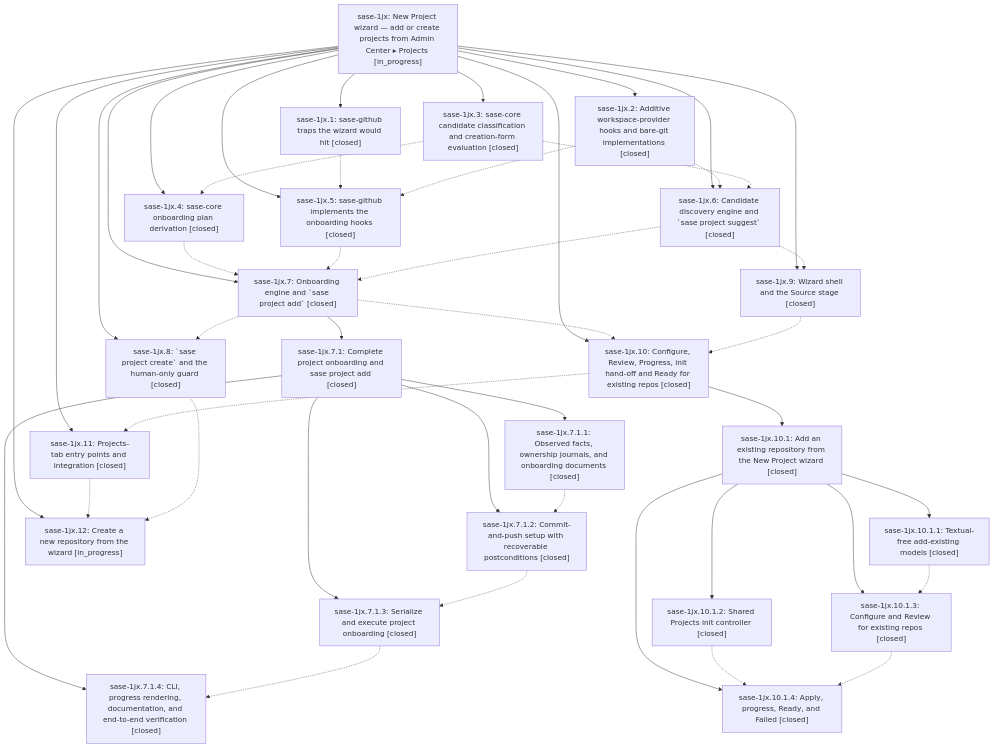
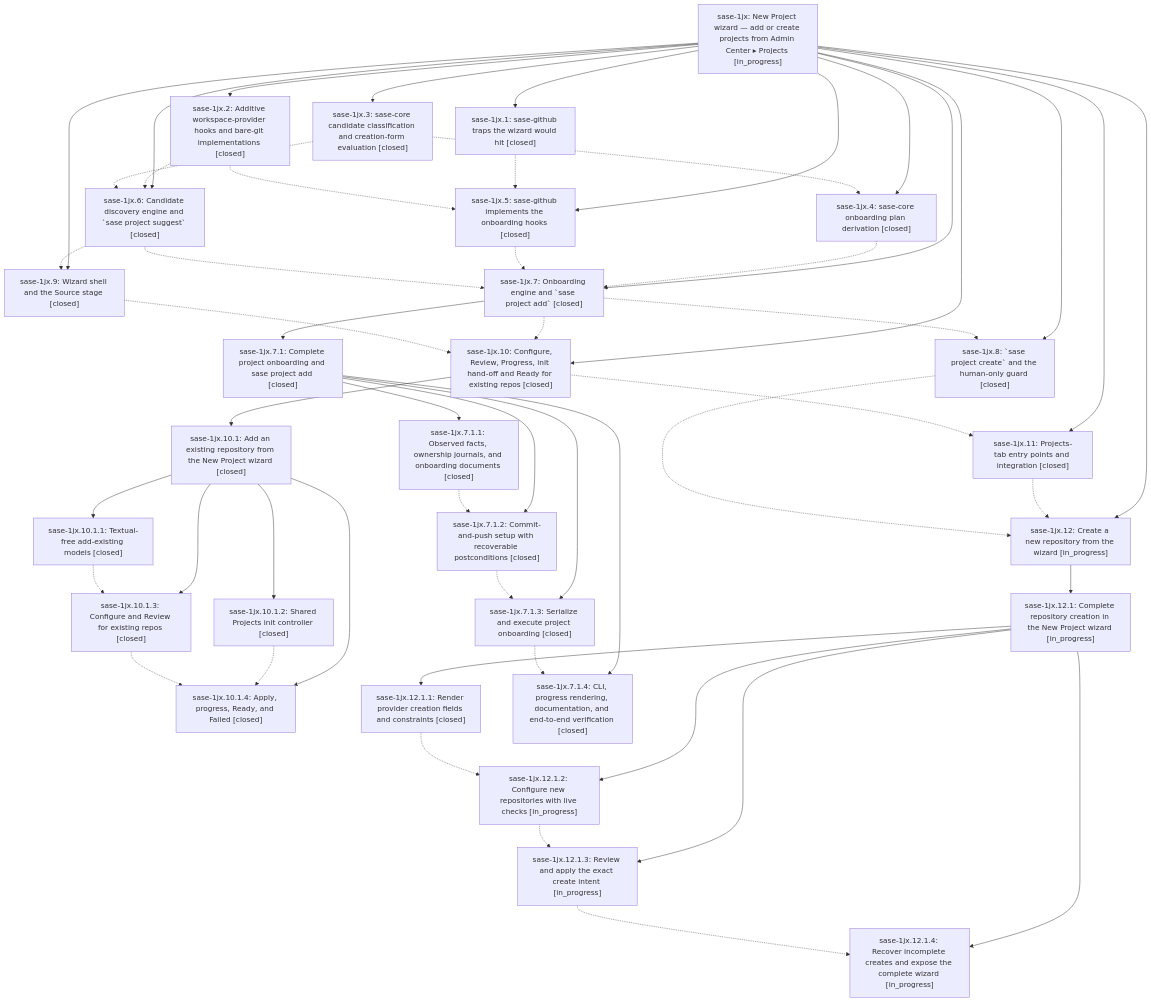
One commit to sase-org/sase--beads changed the diagram in pages/sase-1jx/README.md. Above: the diagram before and after it, drawn with Mermaid. The commit also changed other lines of this file and 9 other files, not shown here.

````diff
--- a/pages/sase-1jx/README.md
+++ b/pages/sase-1jx/README.md
@@ -55,69 +55,82 @@
 ```mermaid
 flowchart TD
     n0["sase-1jx: New Project wizard — add or create projects from Admin Center ▸ Projects [in_progress]"]
     n1["sase-1jx.1: sase-github traps the wizard would hit [closed]"]
     n2["sase-1jx.10: Configure, Review, Progress, init hand-off and Ready for existing repos [closed]"]
     n3["sase-1jx.10.1: Add an existing repository from the New Project wizard [closed]"]
     n4["sase-1jx.10.1.1: Textual-free add-existing models [closed]"]
     n5["sase-1jx.10.1.2: Shared Projects init controller [closed]"]
     n6["sase-1jx.10.1.3: Configure and Review for existing repos [closed]"]
     n7["sase-1jx.10.1.4: Apply, progress, Ready, and Failed [closed]"]
     n8["sase-1jx.11: Projects-tab entry points and integration [closed]"]
     n9["sase-1jx.12: Create a new repository from the wizard [in_progress]"]
-    n10["sase-1jx.2: Additive workspace-provider hooks and bare-git implementations [closed]"]
-    n11["sase-1jx.3: sase-core candidate classification and creation-form evaluation [closed]"]
-    n12["sase-1jx.4: sase-core onboarding plan derivation [closed]"]
-    n13["sase-1jx.5: sase-github implements the onboarding hooks [closed]"]
-    n14["sase-1jx.6: Candidate discovery engine and `sase project suggest` [closed]"]
-    n15["sase-1jx.7: Onboarding engine and `sase project add` [closed]"]
-    n16["sase-1jx.7.1: Complete project onboarding and sase project add [closed]"]
-    n17["sase-1jx.7.1.1: Observed facts, ownership journals, and onboarding documents [closed]"]
-    n18["sase-1jx.7.1.2: Commit-and-push setup with recoverable postconditions [closed]"]
-    n19["sase-1jx.7.1.3: Serialize and execute project onboarding [closed]"]
-    n20["sase-1jx.7.1.4: CLI, progress rendering, documentation, and end-to-end verification [closed]"]
-    n21["sase-1jx.8: `sase project create` and the human-only guard [closed]"]
-    n22["sase-1jx.9: Wizard shell and the Source stage [closed]"]
+    n10["sase-1jx.12.1: Complete repository creation in the New Project wizard [in_progress]"]
+    n11["sase-1jx.12.1.1: Render provider creation fields and constraints [closed]"]
+    n12["sase-1jx.12.1.2: Configure new repositories with live checks [in_progress]"]
+    n13["sase-1jx.12.1.3: Review and apply the exact create intent [in_progress]"]
+    n14["sase-1jx.12.1.4: Recover incomplete creates and expose the complete wizard [in_progress]"]
+    n15["sase-1jx.2: Additive workspace-provider hooks and bare-git implementations [closed]"]
+    n16["sase-1jx.3: sase-core candidate classification and creation-form evaluation [closed]"]
+    n17["sase-1jx.4: sase-core onboarding plan derivation [closed]"]
+    n18["sase-1jx.5: sase-github implements the onboarding hooks [closed]"]
+    n19["sase-1jx.6: Candidate discovery engine and `sase project suggest` [closed]"]
+    n20["sase-1jx.7: Onboarding engine and `sase project add` [closed]"]
+    n21["sase-1jx.7.1: Complete project onboarding and sase project add [closed]"]
+    n22["sase-1jx.7.1.1: Observed facts, ownership journals, and onboarding documents [closed]"]
+    n23["sase-1jx.7.1.2: Commit-and-push setup with recoverable postconditions [closed]"]
+    n24["sase-1jx.7.1.3: Serialize and execute project onboarding [closed]"]
+    n25["sase-1jx.7.1.4: CLI, progress rendering, documentation, and end-to-end verification [closed]"]
+    n26["sase-1jx.8: `sase project create` and the human-only guard [closed]"]
+    n27["sase-1jx.9: Wizard shell and the Source stage [closed]"]
     n0 --> n1
     n0 --> n2
     n2 --> n3
     n3 --> n4
     n3 --> n5
     n3 --> n6
     n3 --> n7
     n0 --> n8
     n0 --> n9
-    n0 --> n10
-    n0 --> n11
-    n0 --> n12
-    n0 --> n13
-    n0 --> n14
+    n9 --> n10
+    n10 --> n11
+    n10 --> n12
+    n10 --> n13
+    n10 --> n14
     n0 --> n15
-    n15 --> n16
-    n16 --> n17
-    n16 --> n18
-    n16 --> n19
-    n16 --> n20
-    n0 --> n21
-    n0 --> n22
-    n1 -.-> n13
+    n0 --> n16
+    n0 --> n17
+    n0 --> n18
+    n0 --> n19
+    n0 --> n20
+    n20 --> n21
+    n21 --> n22
+    n21 --> n23
+    n21 --> n24
+    n21 --> n25
+    n0 --> n26
+    n0 --> n27
+    n1 -.-> n18
     n2 -.-> n8
     n4 -.-> n6
     n5 -.-> n7
     n6 -.-> n7
     n8 -.-> n9
-    n10 -.-> n13
-    n10 -.-> n14
     n11 -.-> n12
-    n11 -.-> n14
-    n12 -.-> n15
-    n13 -.-> n15
-    n14 -.-> n15
-    n14 -.-> n22
-    n15 -.-> n2
-    n15 -.-> n21
-    n17 -.-> n18
-    n18 -.-> n19
+    n12 -.-> n13
+    n13 -.-> n14
+    n15 -.-> n18
+    n15 -.-> n19
+    n16 -.-> n17
+    n16 -.-> n19
+    n17 -.-> n20
+    n18 -.-> n20
     n19 -.-> n20
-    n21 -.-> n9
-    n22 -.-> n2
+    n19 -.-> n27
+    n20 -.-> n2
+    n20 -.-> n26
+    n22 -.-> n23
+    n23 -.-> n24
+    n24 -.-> n25
+    n26 -.-> n9
+    n27 -.-> n2
 ```
````
